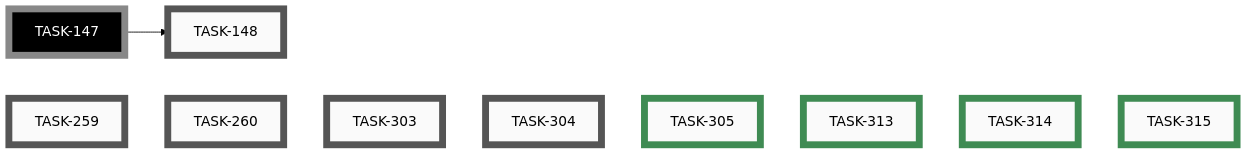
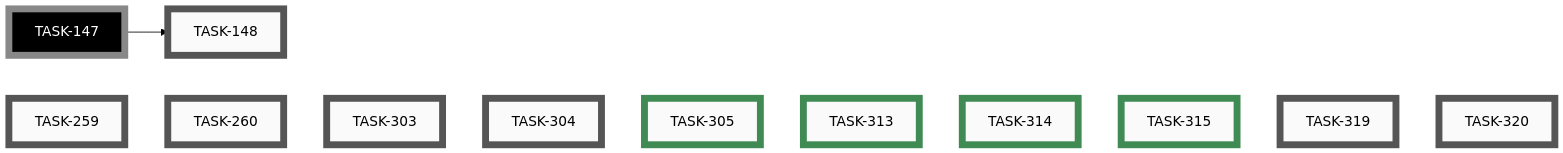
The seventh of 7 diagrams in docs/developers/tasks/EPICS.md (tgd1975/AwesomeStudioPedal), drawn with Mermaid (forest theme) before and after one commit. The commit also changed other lines of this file and 8 other files, not shown here.

````diff
--- a/docs/developers/tasks/EPICS.md
+++ b/docs/developers/tasks/EPICS.md
@@ -242,32 +242,36 @@
 ```mermaid
 graph LR
     TASK_148["TASK-148"]:::open
     TASK_259["TASK-259"]:::open
     TASK_260["TASK-260"]:::open
     TASK_303["TASK-303"]:::open
     TASK_304["TASK-304"]:::open
+    TASK_319["TASK-319"]:::open
+    TASK_320["TASK-320"]:::open
     TASK_305["TASK-305"]:::closed
     TASK_313["TASK-313"]:::closed
     TASK_314["TASK-314"]:::closed
     TASK_315["TASK-315"]:::closed
     TASK_147["TASK-147"]:::openExt
     TASK_147 --> TASK_148
-    TASK_259 ~~~ TASK_260 ~~~ TASK_303 ~~~ TASK_304 ~~~ TASK_305 ~~~ TASK_313 ~~~ TASK_314 ~~~ TASK_315
+    TASK_259 ~~~ TASK_260 ~~~ TASK_303 ~~~ TASK_304 ~~~ TASK_305 ~~~ TASK_313 ~~~ TASK_314 ~~~ TASK_315 ~~~ TASK_319 ~~~ TASK_320
     click TASK_148 "open/task-148-reorganise-developer-documentation.md"
     click TASK_259 "open/task-259-android-app-test-protocol.md"
     click TASK_260 "open/task-260-unify-version-numbers-across-deliverables.md"
     click TASK_303 "open/task-303-simulator-boots-with-demo-loaded.md"
     click TASK_304 "open/task-304-simulator-button-no-hover-reaction.md"
+    click TASK_319 "open/task-319-remove-wireviz-precommit-block.md"
+    click TASK_320 "open/task-320-remove-ble-flag-precommit-check.md"
     click TASK_305 "closed/task-305-add-category-field-to-ideas.md"
     click TASK_313 "closed/task-313-emoji-icons-for-idea-categories.md"
     click TASK_314 "closed/task-314-nbsp-between-icon-and-category.md"
     click TASK_315 "closed/task-315-idea-sub-file-naming-convention.md"
     classDef open    fill:#FAFAFA,stroke:#555,stroke-width:8px,color:#000
     classDef active  fill:#FAFAFA,stroke:#1A6FA8,stroke-width:8px,color:#000
     classDef closed  fill:#FAFAFA,stroke:#3F8B53,stroke-width:8px,color:#000
     classDef paused  fill:#FAFAFA,stroke:#B07810,stroke-width:8px,color:#000
     classDef openExt    fill:#000,stroke:#888,stroke-width:8px,color:#FFF
     classDef activeExt  fill:#000,stroke:#3FA9F5,stroke-width:8px,color:#FFF
     classDef closedExt  fill:#000,stroke:#7CC68A,stroke-width:8px,color:#FFF
     classDef pausedExt  fill:#000,stroke:#F0B030,stroke-width:8px,color:#FFF
 ```
````
